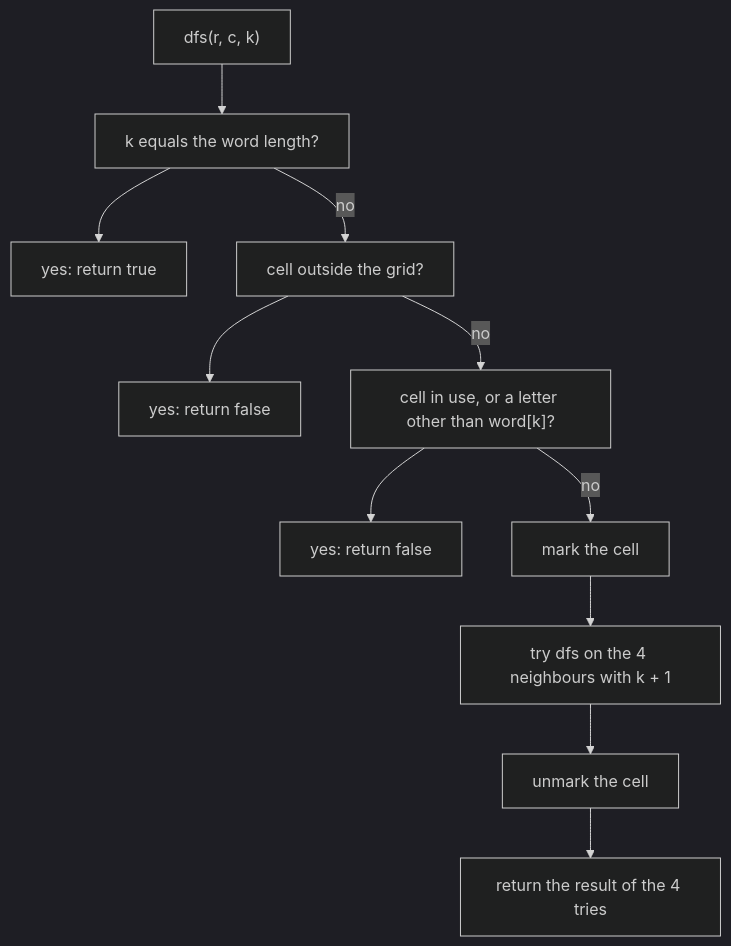
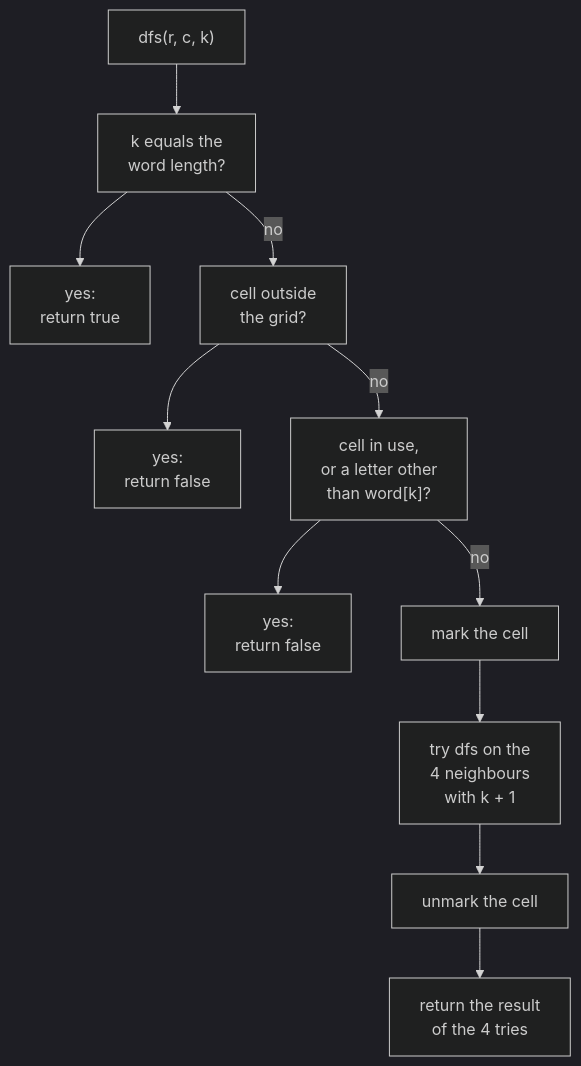
The second of 2 diagrams in content/en/problems/word-search.md (duongbui234/software-engineering-atlas), drawn with Mermaid (dark theme) before and after one commit. The commit also changed 134 other files, not shown here.

First line of the commit message:
Fit every Mermaid diagram at 390px without sideways scroll (#56)

````diff
--- a/content/en/problems/word-search.md
+++ b/content/en/problems/word-search.md
@@ -79,21 +79,21 @@
 ```mermaid
 flowchart TB
   S["dfs(r, c, k)"]
-  Q1["k equals the word length?"]
-  Y1["yes: return true"]
-  Q2["cell outside the grid?"]
-  Y2["yes: return false"]
-  Q3["cell in use, or a letter other than word[k]?"]
-  Y3["yes: return false"]
+  Q1["k equals the<br/>word length?"]
+  Y1["yes:<br/>return true"]
+  Q2["cell outside<br/>the grid?"]
+  Y2["yes:<br/>return false"]
+  Q3["cell in use,<br/>or a letter other<br/>than word[k]?"]
+  Y3["yes:<br/>return false"]
   M["mark the cell"]
-  T["try dfs on the 4 neighbours with k + 1"]
+  T["try dfs on the<br/>4 neighbours<br/>with k + 1"]
   U["unmark the cell"]
-  R["return the result of the 4 tries"]
+  R["return the result<br/>of the 4 tries"]
   S --> Q1
   Q1 --> Y1
   Q1 -->|"no"| Q2
   Q2 --> Y2
   Q2 -->|"no"| Q3
   Q3 --> Y3
   Q3 -->|"no"| M --> T --> U --> R
 ```
````
